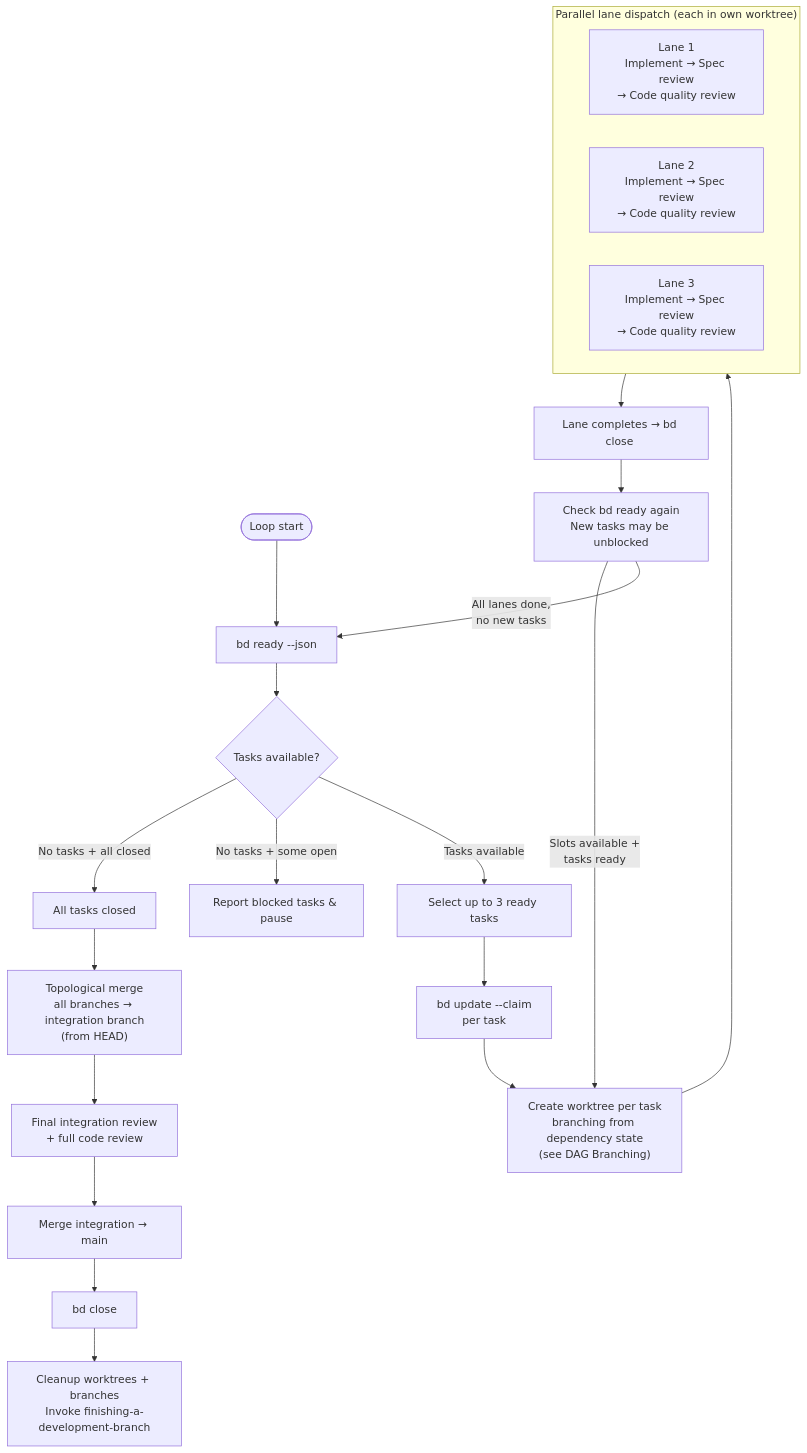
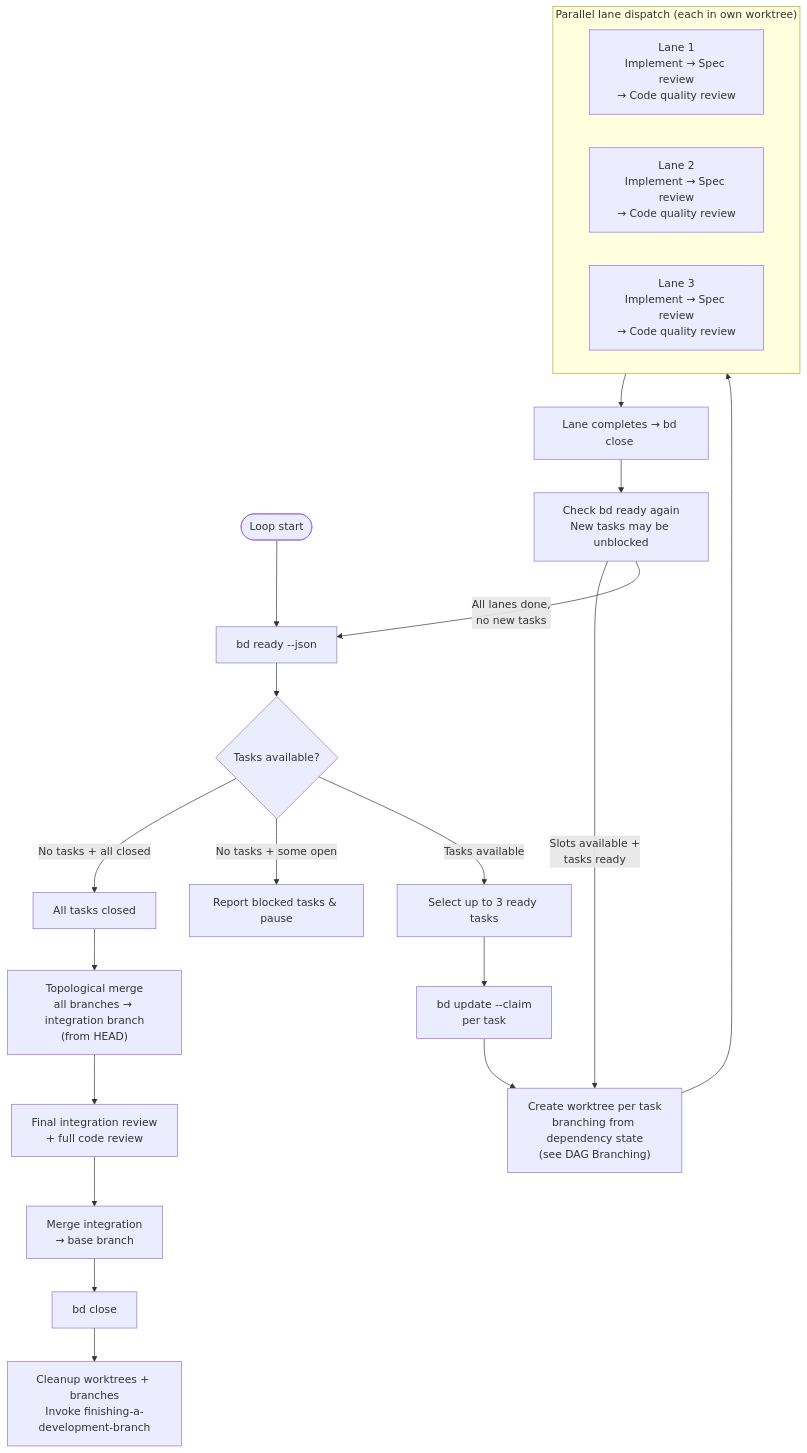
Before and after one commit to collectiveai-team/opencode-super-beads: the first of 4 diagrams in docs/superpowers/specs/2026-03-23-dispatch-parallel-bead-agents-design.md, drawn with Mermaid. The commit also changed other lines of this file, not shown here.

Commit message:
Replace 'main' with 'base branch' throughout — execution targets the current feature branch, not main

````diff
--- a/docs/superpowers/specs/2026-03-23-dispatch-parallel-bead-agents-design.md
+++ b/docs/superpowers/specs/2026-03-23-dispatch-parallel-bead-agents-design.md
@@ -28,30 +32,30 @@
 ```mermaid
 flowchart TD
     START([Loop start]) --> READY["bd ready --json"]
     READY --> CHECK{Tasks available?}
     CHECK -->|No tasks + all closed| COMPLETION
     CHECK -->|No tasks + some open| BLOCKED["Report blocked tasks & pause"]
     CHECK -->|Tasks available| SELECT["Select up to 3 ready tasks"]
 
     SELECT --> CLAIM["bd update <id> --claim\nper task"]
     CLAIM --> BRANCH["Create worktree per task\nbranching from dependency state\n(see DAG Branching)"]
     BRANCH --> PARALLEL
 
     subgraph PARALLEL ["Parallel lane dispatch (each in own worktree)"]
         direction LR
         LANE1["Lane 1\nImplement → Spec review\n→ Code quality review"]
         LANE2["Lane 2\nImplement → Spec review\n→ Code quality review"]
         LANE3["Lane 3\nImplement → Spec review\n→ Code quality review"]
     end
 
     PARALLEL --> DONE["Lane completes → bd close <id>"]
     DONE --> NEWREADY["Check bd ready again\nNew tasks may be unblocked"]
     NEWREADY -->|Slots available +\ntasks ready| BRANCH
     NEWREADY -->|All lanes done,\nno new tasks| READY
 
     COMPLETION["All tasks closed"] --> FINAL_MERGE["Topological merge\nall branches → integration branch\n(from HEAD)"]
     FINAL_MERGE --> FINAL_REVIEW["Final integration review\n+ full code review"]
-    FINAL_REVIEW --> MERGE_MAIN["Merge integration → main"]
-    MERGE_MAIN --> EPIC_CLOSE["bd close <epic-id>"]
+    FINAL_REVIEW --> MERGE_BASE["Merge integration\n→ base branch"]
+    MERGE_BASE --> EPIC_CLOSE["bd close <epic-id>"]
     EPIC_CLOSE --> WRAPUP["Cleanup worktrees + branches\nInvoke finishing-a-development-branch"]
 ```
````
